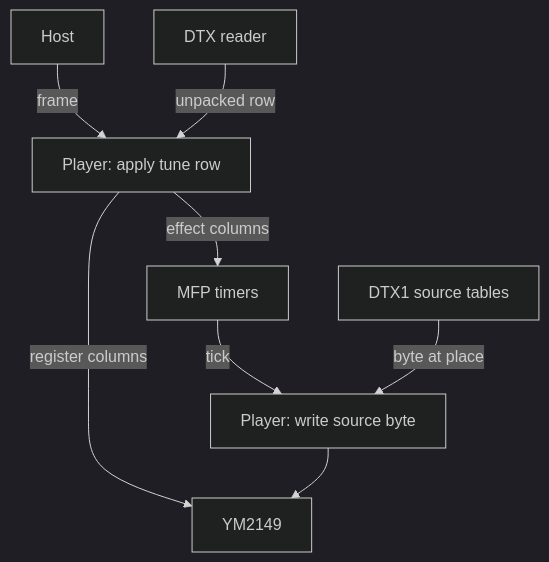
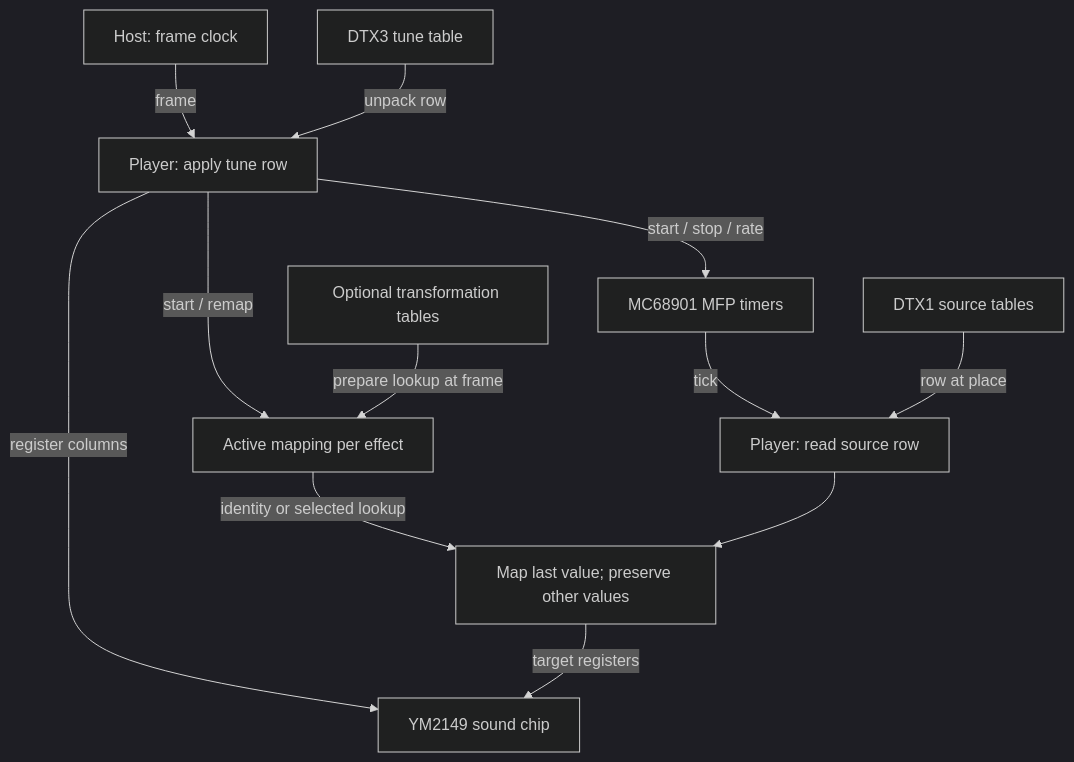
One commit to odipar/YMXR changed the diagram in README.md. Above: the diagram before and after it, drawn with Mermaid (dark theme). The commit also changed other lines of this file and 58 other files, not shown here.

````diff
--- a/README.md
+++ b/README.md
@@ -92,10 +92,14 @@
 ```mermaid
 flowchart TD
-    host[Host] -->|frame| frame[Player: apply tune row]
-    dtx[DTX reader] -->|unpacked row| frame
-    frame -->|effect columns| mfp[MFP timers]
-    frame -->|register columns| ym[YM2149]
-    mfp -->|tick| tick[Player: write source byte]
-    source[DTX1 source tables] -->|byte at place| tick
-    tick --> ym
+    host[Host: frame clock] -->|frame| frame[Player: apply tune row]
+    dtx[DTX3 tune table] -->|unpack row| frame
+    frame -->|register columns| ym[YM2149 sound chip]
+    frame -->|start / stop / rate| mfp[MC68901 MFP timers]
+    frame -->|start / remap| mapping[Active mapping per effect]
+    tables[Optional transformation tables] -->|prepare lookup at frame| mapping
+    mfp -->|tick| tick[Player: read source row]
+    source[DTX1 source tables] -->|row at place| tick
+    mapping -->|identity or selected lookup| write[Map last value; preserve other values]
+    tick --> write
+    write -->|target registers| ym
 ```
````
